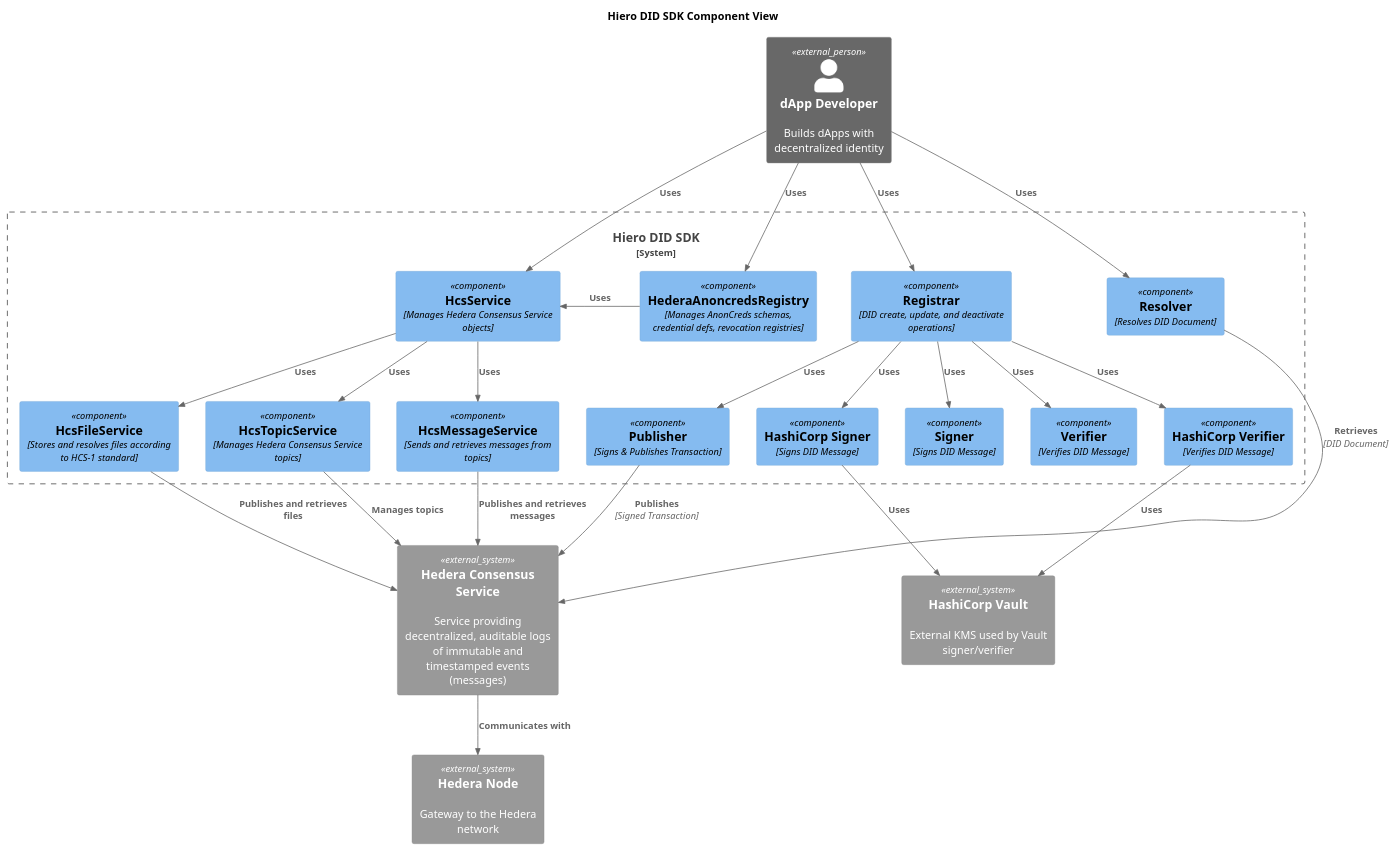
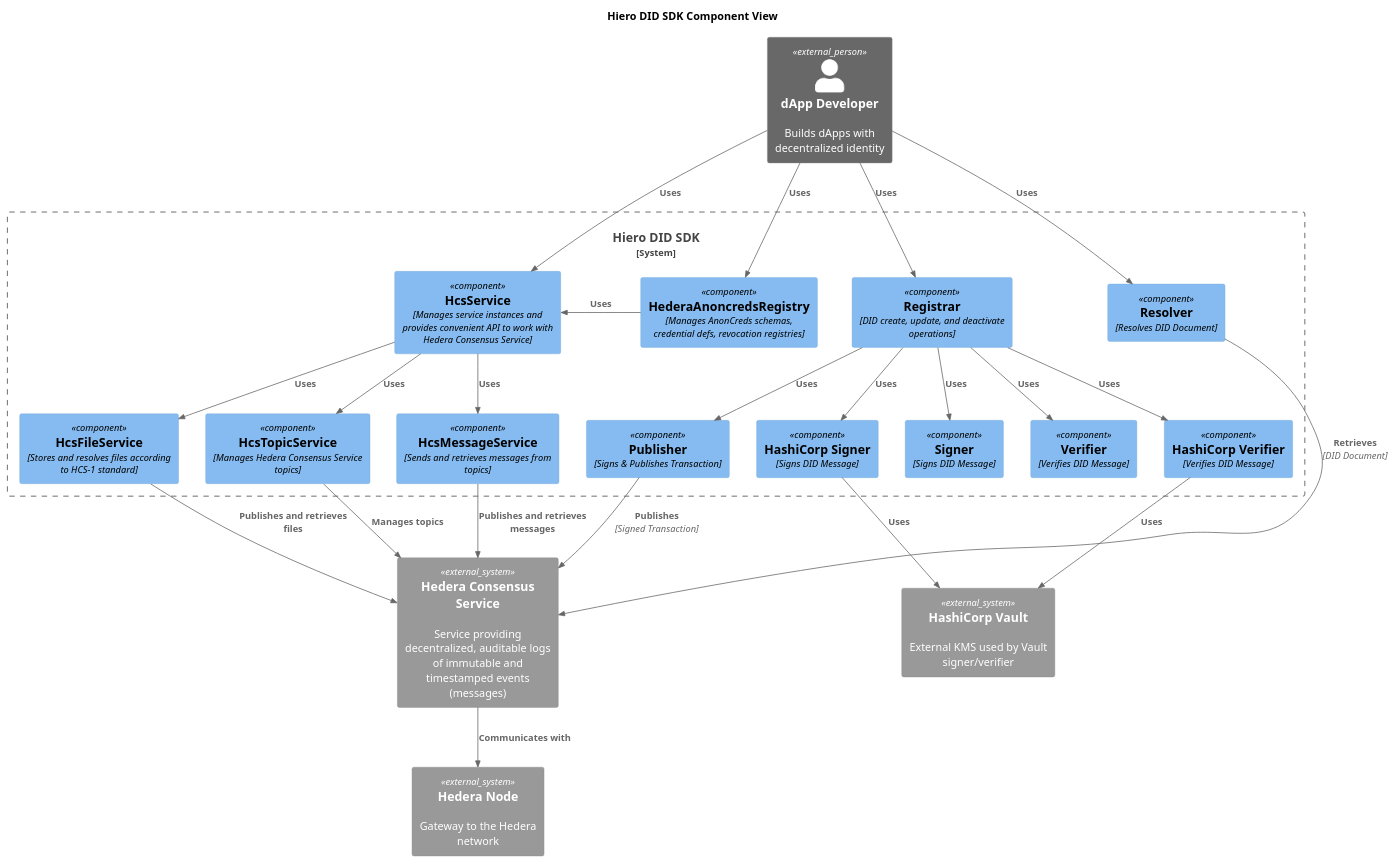
Before and after one commit to hiero-ledger/hiero-did-sdk-js: the diagram in docs/modules/ROOT/pages/02-design/diagrams/component-view-diagram.puml, drawn with PlantUML. The commit also changed 6 other files, not shown here.

```diff
--- a/docs/modules/ROOT/pages/02-design/diagrams/component-view-diagram.puml
+++ b/docs/modules/ROOT/pages/02-design/diagrams/component-view-diagram.puml
@@ -1,65 +1,65 @@
 @startuml
 !include https://raw.githubusercontent.com/plantuml-stdlib/C4-PlantUML/master/C4_Component.puml
 
 title Hiero DID SDK Component View
 
 Person_Ext(developer, "dApp Developer", "Builds dApps with decentralized identity")
 
 System_Boundary(c1, "Hiero DID SDK") {
 
   Component(registrar, "Registrar", "DID create, update, and deactivate operations")
   Component(resolver, "Resolver", "Resolves DID Document")
-  Component(hcsService, "HcsService", "Manages Hedera Consensus Service objects")
+  Component(hcsService, "HcsService", "Manages service instances and provides convenient API to work with Hedera Consensus Service")
   Component(anoncredsRegistry, "HederaAnoncredsRegistry", "Manages AnonCreds schemas, credential defs, revocation registries")
 
   Component(signer, "Signer", "Signs DID Message")
   Component(verifier, "Verifier", "Verifies DID Message")
 
   Component(publisher, "Publisher", "Signs & Publishes Transaction")
 
   Component(hashicorpSigner, "HashiCorp Signer", "Signs DID Message")
   Component(hashicorpVerifier, "HashiCorp Verifier", "Verifies DID Message")
 
   Component(hcsTopicService, "HcsTopicService", "Manages Hedera Consensus Service topics")
   Component(hcsMessageService, "HcsMessageService", "Sends and retrieves messages from topics")
   Component(hcsFileService, "HcsFileService", "Stores and resolves files according to HCS-1 standard")
 }
 
 System_Ext(hashicorp, "HashiCorp Vault", "External KMS used by Vault signer/verifier")
 
 System_Ext(topic, "Hedera Consensus Service", "Service providing decentralized, auditable logs of immutable and timestamped events (messages)")
 System_Ext(hedera, "Hedera Node", "Gateway to the Hedera network")
 
 Rel(developer, registrar, "Uses")
 Rel(developer, resolver, "Uses")
 Rel(developer, hcsService, "Uses")
 Rel(developer, anoncredsRegistry, "Uses")
 
 Rel(registrar, signer, "Uses")
 Rel(registrar, verifier, "Uses")
 
 Rel(registrar, publisher, "Uses")
 
 Rel(registrar, hashicorpSigner, "Uses")
 Rel(registrar, hashicorpVerifier, "Uses")
 
 Rel(hashicorpSigner, hashicorp, "Uses")
 Rel_R(hashicorpVerifier, hashicorp, "Uses")
 
 Rel(publisher, topic, "Publishes", "Signed Transaction")
 Rel(resolver, topic, "Retrieves", "DID Document")
 
 Rel(hcsService, hcsTopicService, "Uses")
 Rel(hcsService, hcsMessageService, "Uses")
 Rel(hcsService, hcsFileService, "Uses")
 
 Rel(hcsMessageService, topic, "Publishes and retrieves messages")
 Rel(hcsFileService, topic, "Publishes and retrieves files")
 Rel(hcsTopicService, topic, "Manages topics")
 
 Rel_L(anoncredsRegistry, hcsService, "Uses")
 
 Rel(topic, hedera, "Communicates with")
 
 
 @enduml
```
